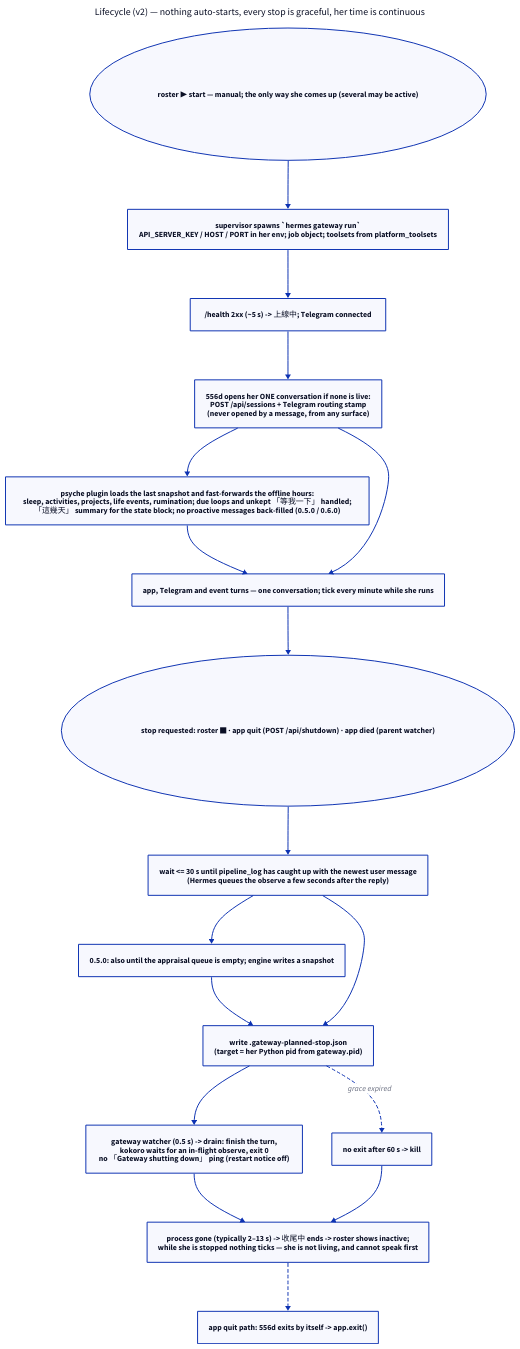
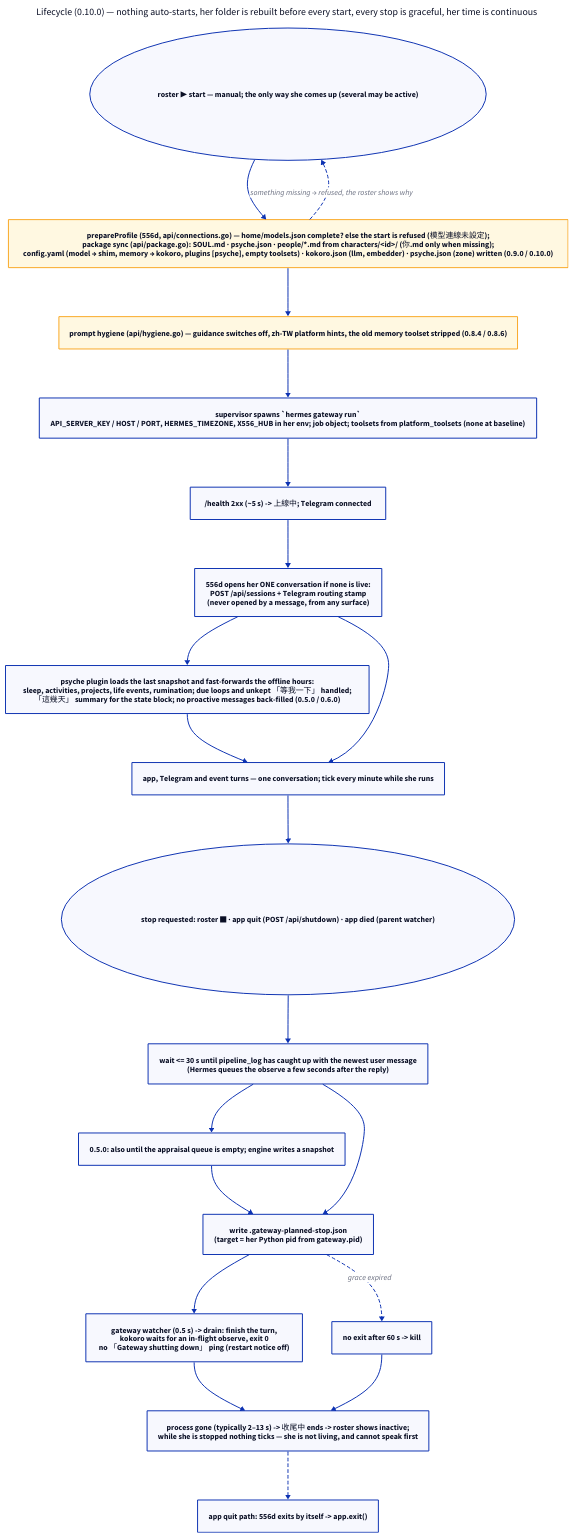
One commit to Yooouuuuuuu/556_production changed the diagram in docs/structure/lifecycle.d2. Above: the diagram before and after it, drawn with D2. The commit also changed 32 other files, not shown here.

```diff
--- a/docs/structure/lifecycle.d2
+++ b/docs/structure/lifecycle.d2
@@ -1,44 +1,50 @@
 direction: down
 
-title: "Lifecycle (v2) — nothing auto-starts, every stop is graceful, her time is continuous" {
+title: "Lifecycle (0.10.0) — nothing auto-starts, her folder is rebuilt before every start, every stop is graceful, her time is continuous" {
   shape: text
   near: top-center
   style.font-size: 20
 }
 
 classes: {
   proposed: {style.stroke-dash: 4; style.stroke: "#c2185b"; style.font-color: "#c2185b"}
+  prep: {style.fill: "#fff8e1"; style.stroke: "#f9a825"}
 }
 
 start: "roster ▶ start — manual; the only way she comes up (several may be active)" {shape: oval}
-spawn: "supervisor spawns `hermes gateway run`\nAPI_SERVER_KEY / HOST / PORT in her env; job object; toolsets from platform_toolsets"
+prep: "prepareProfile (556d, api/connections.go) — home/models.json complete? else the start is refused (模型連線未設定);\npackage sync (api/package.go): SOUL.md · psyche.json · people/*.md from characters/<id>/ (你.md only when missing);\nconfig.yaml (model → shim, memory → kokoro, plugins [psyche], empty toolsets) · kokoro.json (llm, embedder) · psyche.json (zone) written (0.9.0 / 0.10.0)" {class: prep}
+hyg: "prompt hygiene (api/hygiene.go) — guidance switches off, zh-TW platform hints, the old memory toolset stripped (0.8.4 / 0.8.6)" {class: prep}
+spawn: "supervisor spawns `hermes gateway run`\nAPI_SERVER_KEY / HOST / PORT, HERMES_TIMEZONE, X556_HUB in her env; job object; toolsets from platform_toolsets (none at baseline)"
 ready: "/health 2xx (~5 s) -> 上線中; Telegram connected"
 open: "556d opens her ONE conversation if none is live:\nPOST /api/sessions + Telegram routing stamp\n(never opened by a message, from any surface)"
 ff: "psyche plugin loads the last snapshot and fast-forwards the offline hours:\nsleep, activities, projects, life events, rumination; due loops and unkept 「等我一下」 handled;\n「這幾天」 summary for the state block; no proactive messages back-filled (0.5.0 / 0.6.0)"
 turns: "app, Telegram and event turns — one conversation; tick every minute while she runs"
 
 stopreq: "stop requested: roster ■ · app quit (POST /api/shutdown) · app died (parent watcher)" {shape: oval}
 idle: "wait <= 30 s until pipeline_log has caught up with the newest user message\n(Hermes queues the observe a few seconds after the reply)"
 idle2: "0.5.0: also until the appraisal queue is empty; engine writes a snapshot"
 marker: "write .gateway-planned-stop.json\n(target = her Python pid from gateway.pid)"
 drain: "gateway watcher (0.5 s) -> drain: finish the turn,\nkokoro waits for an in-flight observe, exit 0\nno 「Gateway shutting down」 ping (restart notice off)"
 kill: "no exit after 60 s -> kill"
 gone: "process gone (typically 2–13 s) -> 收尾中 ends -> roster shows inactive;\nwhile she is stopped nothing ticks — she is not living, and cannot speak first"
 appexit: "app quit path: 556d exits by itself -> app.exit()"
 
-start -> spawn
+start -> prep
+prep -> hyg
+hyg -> spawn
+prep -> start: "something missing → refused, the roster shows why" {style.stroke-dash: 3}
 spawn -> ready
 ready -> open
 open -> ff
 ff -> turns
 open -> turns
 turns -> stopreq
 stopreq -> idle
 idle -> idle2
 idle2 -> marker
 idle -> marker
 marker -> drain
 drain -> gone
 marker -> kill: "grace expired" {style.stroke-dash: 3}
 kill -> gone
 gone -> appexit {style.stroke-dash: 3}
```
